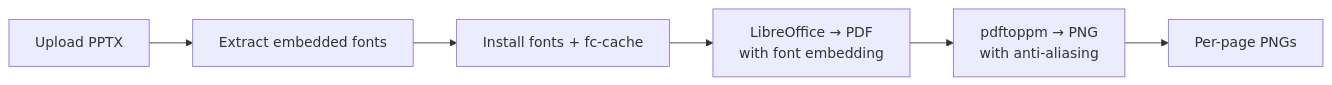
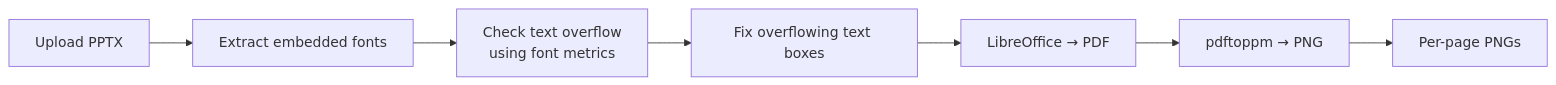
One commit to tjrtm/pptx-pdf-2-png-daemon changed the diagram in README.md. Above: the diagram before and after it, drawn with Mermaid. The commit also changed other lines of this file and 7 other files, not shown here.

First line of the commit message:
v2.1: Fix text overflow with preprocessor + font isolation + web UI

````diff
--- a/README.md
+++ b/README.md
@@ -137,8 +56,9 @@
 ```mermaid
 flowchart LR
     A[Upload PPTX] --> B[Extract embedded fonts]
-    B --> C[Install fonts + fc-cache]
-    C --> D[LibreOffice → PDF<br/>with font embedding]
-    D --> E[pdftoppm → PNG<br/>with anti-aliasing]
-    E --> F[Per-page PNGs]
+    B --> C[Check text overflow<br/>using font metrics]
+    C --> D[Fix overflowing text boxes]
+    D --> E[LibreOffice → PDF]
+    E --> F[pdftoppm → PNG]
+    F --> G[Per-page PNGs]
 ```
````
